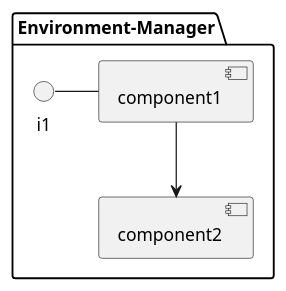
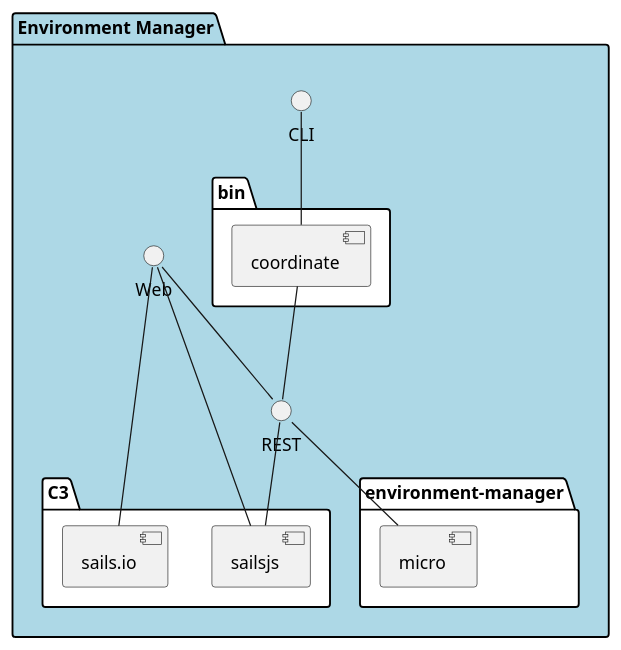
Before and after one commit to CAADE/C3: the diagram in docs/Solution/Environment-Manager/Physical.puml, drawn with PlantUML. The commit also changed 158 other files, not shown here.

```diff
--- a/docs/Solution/Environment-Manager/Physical.puml
+++ b/docs/Solution/Environment-Manager/Physical.puml
@@ -1,11 +1,27 @@
 @startuml
 
-package "Environment-Manager" {
-component component1
-component component2
-interface i1
+package "Environment Manager" #lightblue {
+    interface CLI
+    interface Web
+    interface REST
+    folder C3 #ffffff {
+        component sailsjs
+        component sails.io
+    }
+    folder bin #ffffff {
+      component coordinate
+    }
+    folder "environment-manager" #ffffff {
+        component micro as emmicro
+    }
+}
+CLI -- coordinate
+coordinate -- REST
+Web -- sailsjs
+Web -- REST
+REST -- sailsjs
 
-}
-i1 - component1
-component1 --> component2
+Web -- sails.io
+REST -- emmicro
+
 @enduml
```
